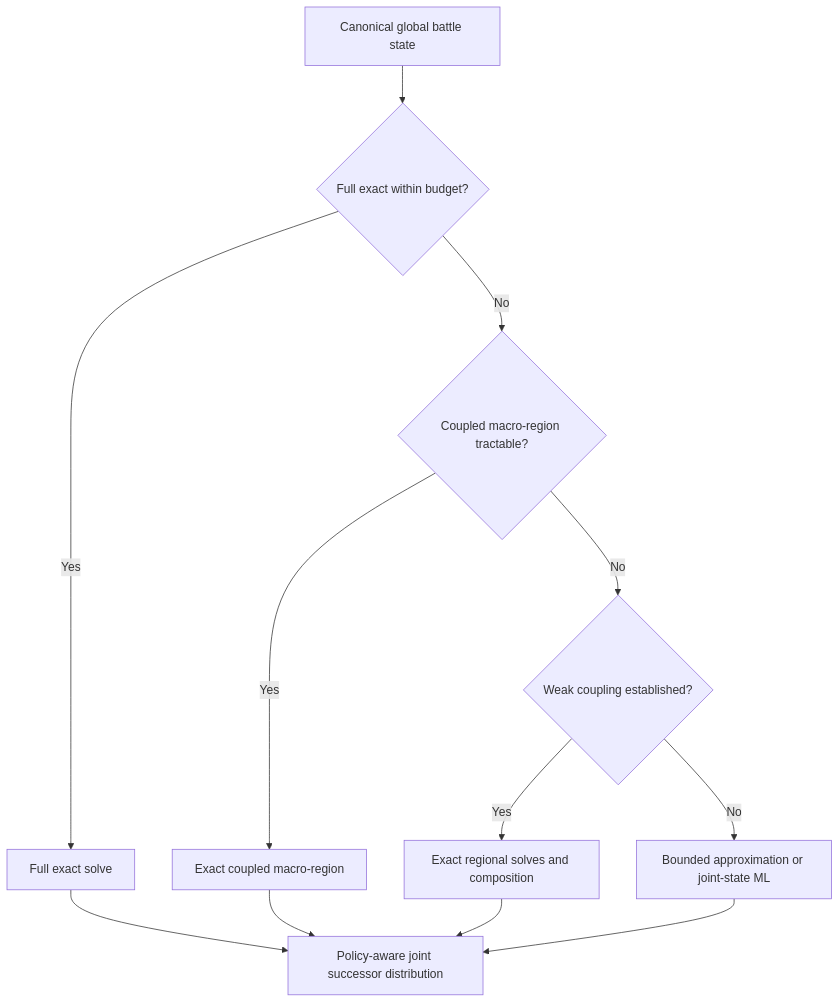
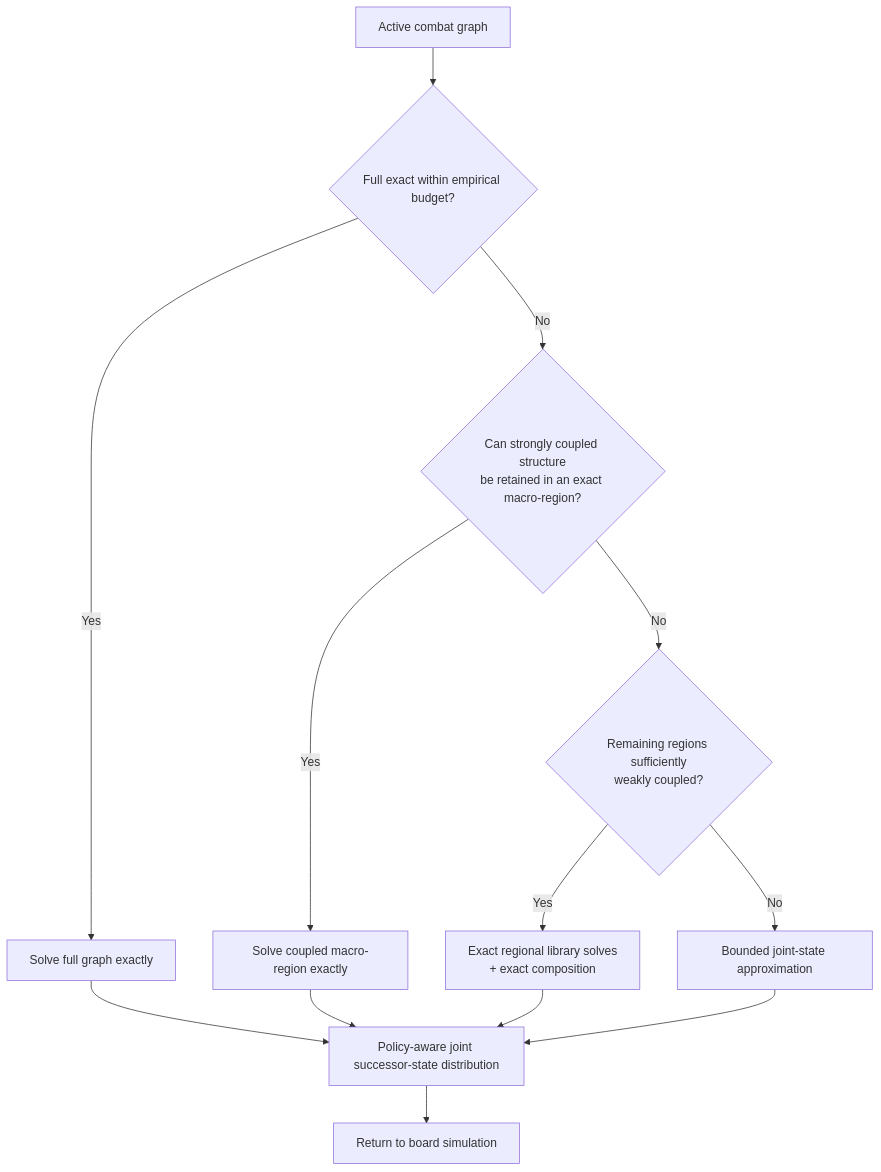
One commit to IkonRules/risk-strategy-optimization changed the fourth of 4 diagrams in docs/architecture.md. Above: the diagram before and after it, drawn with Mermaid. The commit also changed other lines of this file and 85 other files, not shown here.

````diff
--- a/docs/architecture.md
+++ b/docs/architecture.md
@@ -46,14 +1007,32 @@
 ```mermaid
 flowchart TD
-    G["Canonical global battle state"] --> F{"Full exact within budget?"}
-    F -- Yes --> X["Full exact solve"]
-    F -- No --> C{"Coupled macro-region tractable?"}
-    C -- Yes --> MX["Exact coupled macro-region"]
-    C -- No --> W{"Weak coupling established?"}
-    W -- Yes --> RC["Exact regional solves and composition"]
-    W -- No --> B["Bounded approximation or joint-state ML"]
-    X --> J["Policy-aware joint successor distribution"]
-    MX --> J
-    RC --> J
-    B --> J
+    G["Active combat graph"]
+    F{"Full exact within empirical budget?"}
+
+    X["Solve full graph exactly"]
+
+    C{"Can strongly coupled structure<br/>be retained in an exact macro-region?"}
+    M["Solve coupled macro-region exactly"]
+
+    W{"Remaining regions sufficiently<br/>weakly coupled?"}
+    R["Exact regional library solves<br/>+ exact composition"]
+
+    A["Bounded joint-state approximation"]
+
+    J["Policy-aware joint successor-state distribution"]
+    B["Return to board simulation"]
+
+    G --> F
+    F -- Yes --> X
+    F -- No --> C
+    C -- Yes --> M
+    C -- No --> W
+    W -- Yes --> R
+    W -- No --> A
+
+    X --> J
+    M --> J
+    R --> J
+    A --> J
+    J --> B
 ```
````
